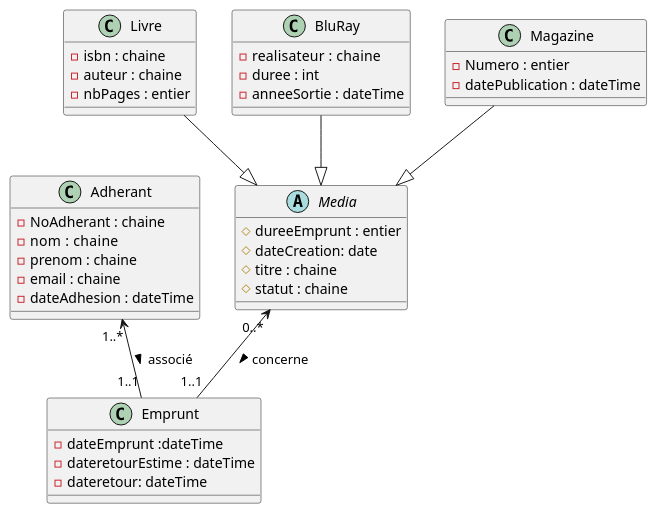
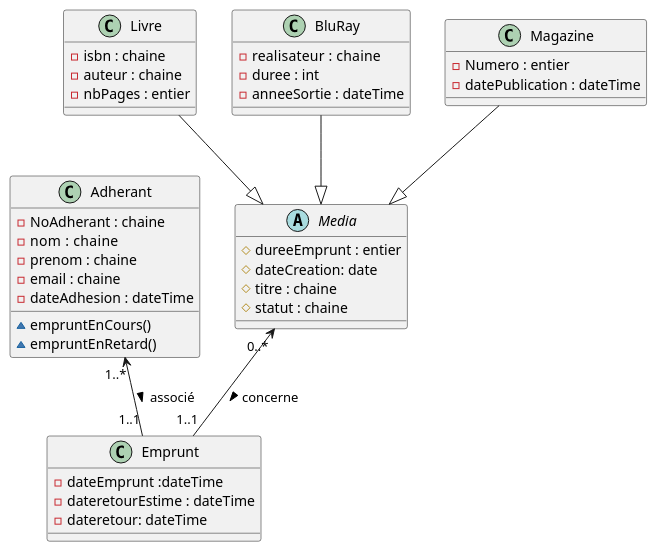
Before and after one commit to fadel-amar/projet-biblio-scrum: the diagram in documentation/diagramme de classe.puml, drawn with PlantUML. The commit also changed 14 other files, not shown here.

```diff
--- a/documentation/diagramme de classe.puml
+++ b/documentation/diagramme de classe.puml
@@ -1,52 +1,54 @@
 @startuml
 'https://plantuml.com/class-diagram
 'skinparam classAttributeIconSize 0
 
 Abstract Class Media {
 #dureeEmprunt : entier
 #dateCreation: date
 #titre : chaine
 #statut : chaine
 }
 
 
 Class Livre {
 - isbn : chaine
 - auteur : chaine
 - nbPages : entier
 }
 
 
 Class BluRay {
 - realisateur  : chaine
 - duree : int
 - anneeSortie : dateTime
 }
 
 
 Class Magazine {
 - Numero : entier
 - datePublication : dateTime
 }
 
 Class Adherant {
 - NoAdherant : chaine
 - nom  : chaine
 - prenom : chaine
 - email : chaine
 - dateAdhesion : dateTime
+~ empruntEnCours()
+~ empruntEnRetard()
 }
 
 Class Emprunt {
 - dateEmprunt :dateTime
 - dateretourEstime : dateTime
 - dateretour: dateTime
 
 }
 
 Livre --|> Media
 BluRay --|> Media
 Magazine --|> Media
 Adherant "1..*" <-- "1..1" Emprunt : associé >
 Media "0..*" <-- "1..1" Emprunt : concerne >
 @enduml
```
